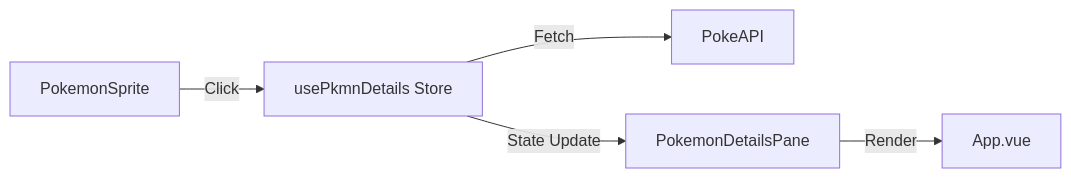
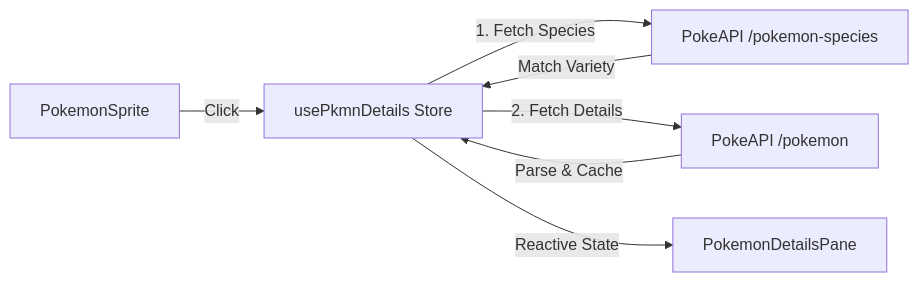
The diagram in .junie/plans/add-pokemon-details-pane.md (mallowigi/pkmnquiz), drawn with Mermaid before and after one commit. The commit also changed other lines of this file and 3 other files, not shown here.

First line of the commit message:
feat(🎨): Add Pokemon details pane click handler

````diff
--- a/.junie/plans/add-pokemon-details-pane.md
+++ b/.junie/plans/add-pokemon-details-pane.md
@@ -64,7 +69,9 @@
 ```mermaid
 graph LR
     PS[PokemonSprite] -->|Click| PDS[usePkmnDetails Store]
-    PDS -->|Fetch| PAPI[PokeAPI]
-    PDS -->|State Update| PDP[PokemonDetailsPane]
-    PDP -->|Render| App[App.vue]
+    PDS -->|1. Fetch Species| SAPI[PokeAPI /pokemon-species]
+    SAPI -->|Match Variety| PDS
+    PDS -->|2. Fetch Details| DAPI[PokeAPI /pokemon]
+    DAPI -->|Parse & Cache| PDS
+    PDS -->|Reactive State| PDP[PokemonDetailsPane]
 ```
````
